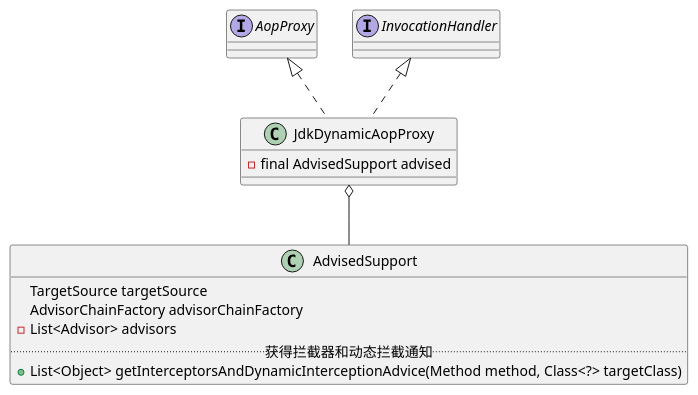
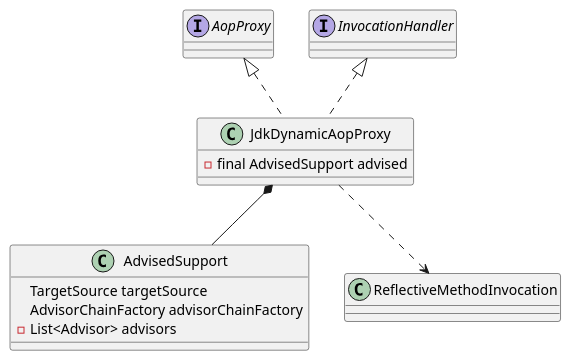
Before and after one commit to onlyonion/development: the first of 2 diagrams in docs/20-framework/src/spring/spring-aop/framework/JdkDynamicAopProxy.md, drawn with PlantUML. The commit also changed other lines of this file and 42 other files, not shown here.

````diff
--- a/docs/20-framework/src/spring/spring-aop/framework/JdkDynamicAopProxy.md
+++ b/docs/20-framework/src/spring/spring-aop/framework/JdkDynamicAopProxy.md
@@ -3,23 +4,23 @@
 ```plantuml
 @startuml
 
 interface AopProxy
 interface InvocationHandler
-AopProxy <|.. JdkDynamicAopProxy
-InvocationHandler <|.. JdkDynamicAopProxy
+AopProxy ^.. JdkDynamicAopProxy
+InvocationHandler ^.. JdkDynamicAopProxy
 
 class JdkDynamicAopProxy {
     - final AdvisedSupport advised
 }
 
 class AdvisedSupport {
     TargetSource targetSource
     AdvisorChainFactory advisorChainFactory
     - List<Advisor> advisors
-    .. 获得拦截器和动态拦截通知 ..
-    + List<Object> getInterceptorsAndDynamicInterceptionAdvice(Method method, Class<?> targetClass)
 }
-JdkDynamicAopProxy o-- AdvisedSupport
+JdkDynamicAopProxy *-- AdvisedSupport
+
+JdkDynamicAopProxy ..> ReflectiveMethodInvocation
 
 @enduml
 ```
````
